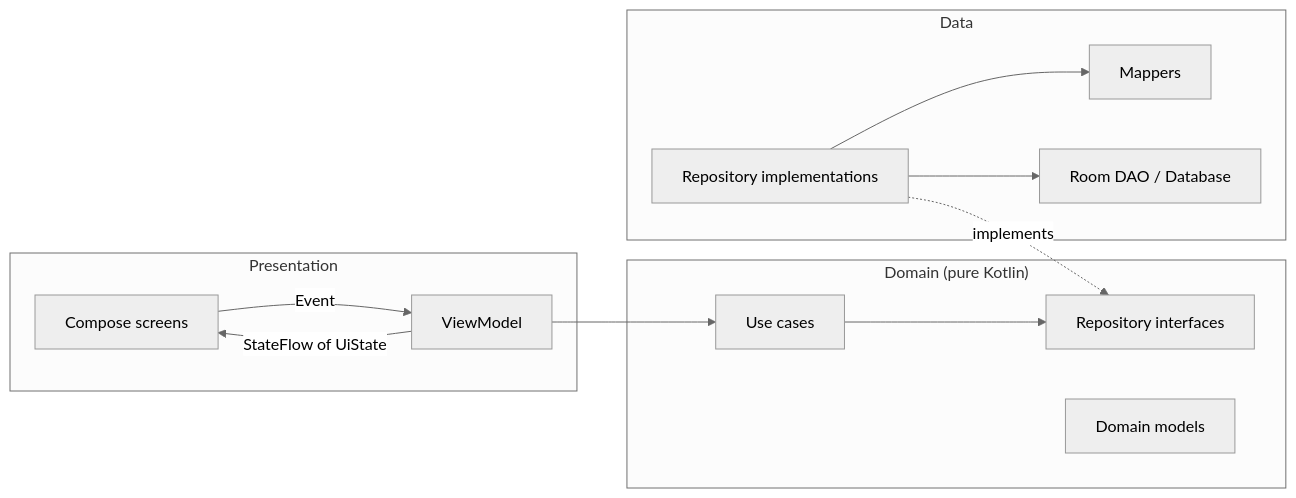
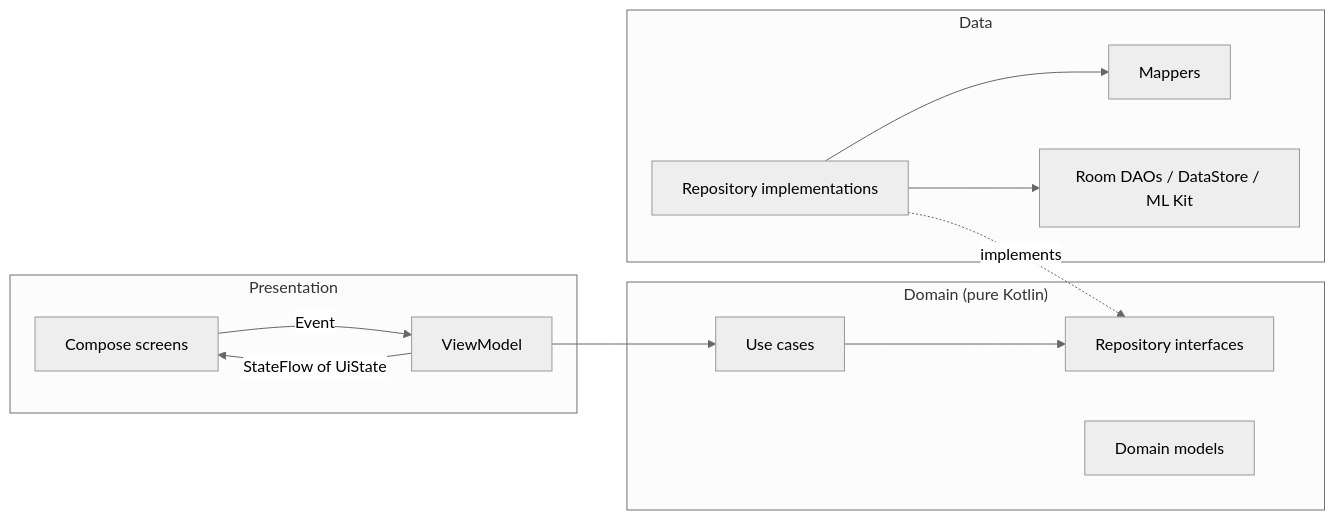
The first of 2 diagrams in README.md (Abhi12Rathore/ExpenseTracker), drawn with Mermaid (neutral theme) before and after one commit. The commit also changed other lines of this file and 22 other files, not shown here.

````diff
--- a/README.md
+++ b/README.md
@@ -48,22 +118,22 @@
 ```mermaid
 flowchart LR
     subgraph Presentation
         UI[Compose screens] -- Event --> VM[ViewModel]
         VM -- "StateFlow of UiState" --> UI
     end
     subgraph Domain["Domain (pure Kotlin)"]
         UC[Use cases]
         RI[Repository interfaces]
         M[Domain models]
     end
     subgraph Data
         RImpl[Repository implementations]
         Map[Mappers]
-        DAO[Room DAO / Database]
+        DAO[Room DAOs / DataStore / ML Kit]
     end
     VM --> UC
     UC --> RI
     RImpl -. implements .-> RI
     RImpl --> Map
     RImpl --> DAO
 ```
````
